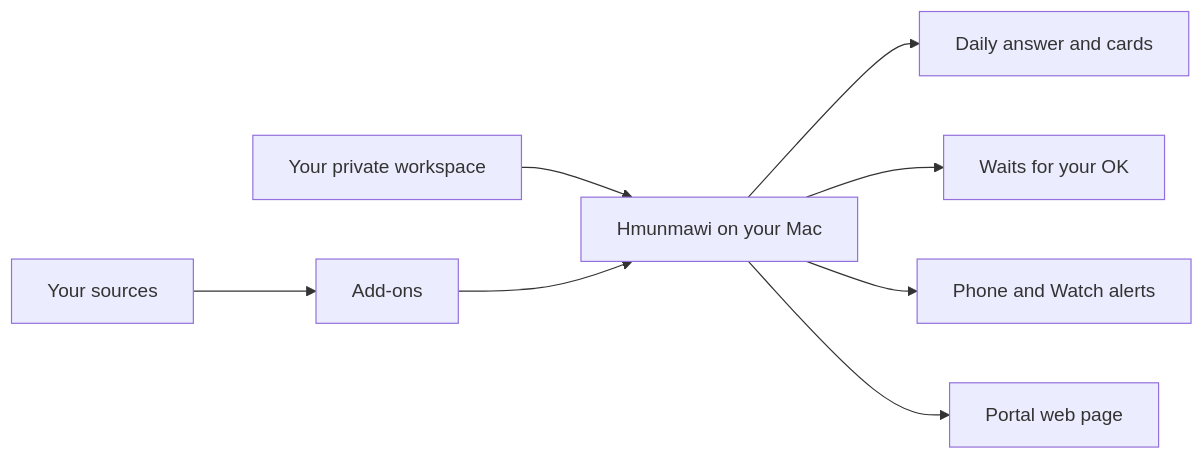
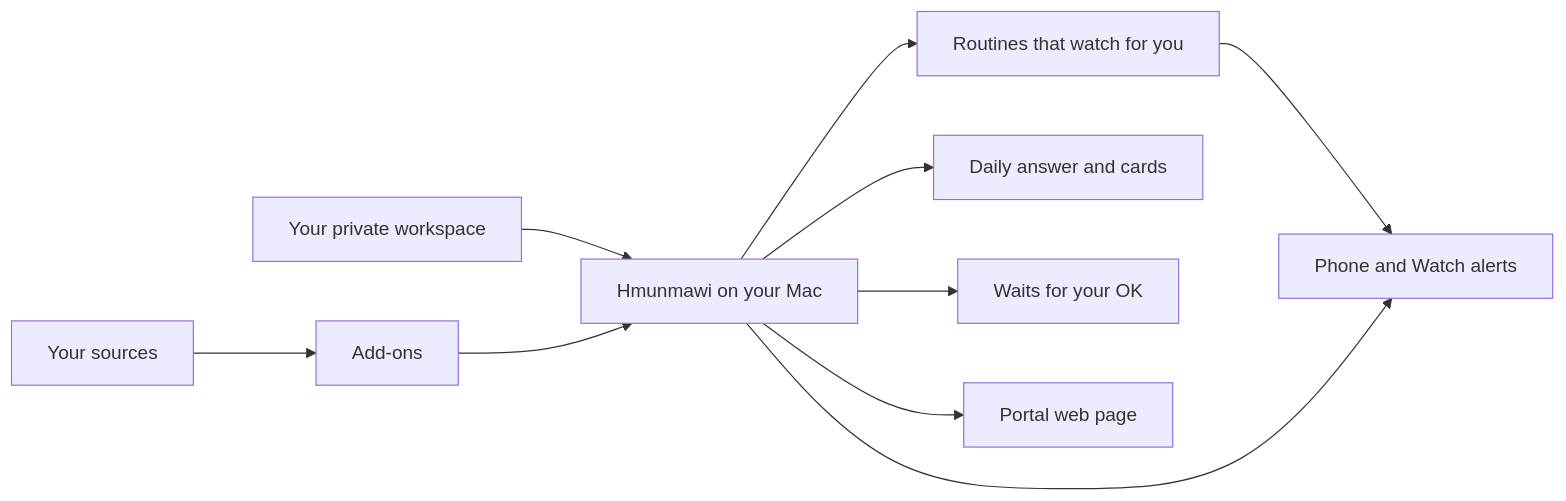
The first of 4 diagrams in docs/CAPABILITIES.md (priyevsingh/hmunmawi), drawn with Mermaid before and after one commit. The commit also changed other lines of this file and 13 other files, not shown here.

````diff
--- a/docs/CAPABILITIES.md
+++ b/docs/CAPABILITIES.md
@@ -48,10 +50,12 @@
 ```mermaid
 flowchart LR
     S["Your sources"] --> A["Add-ons"]
     W["Your private workspace"] --> H["Hmunmawi on your Mac"]
     A --> H
+    H --> R["Routines that watch for you"]
+    R --> P
     H --> D["Daily answer and cards"]
     H --> Q["Waits for your OK"]
     H --> P["Phone and Watch alerts"]
     H --> O["Portal web page"]
 ```
````
